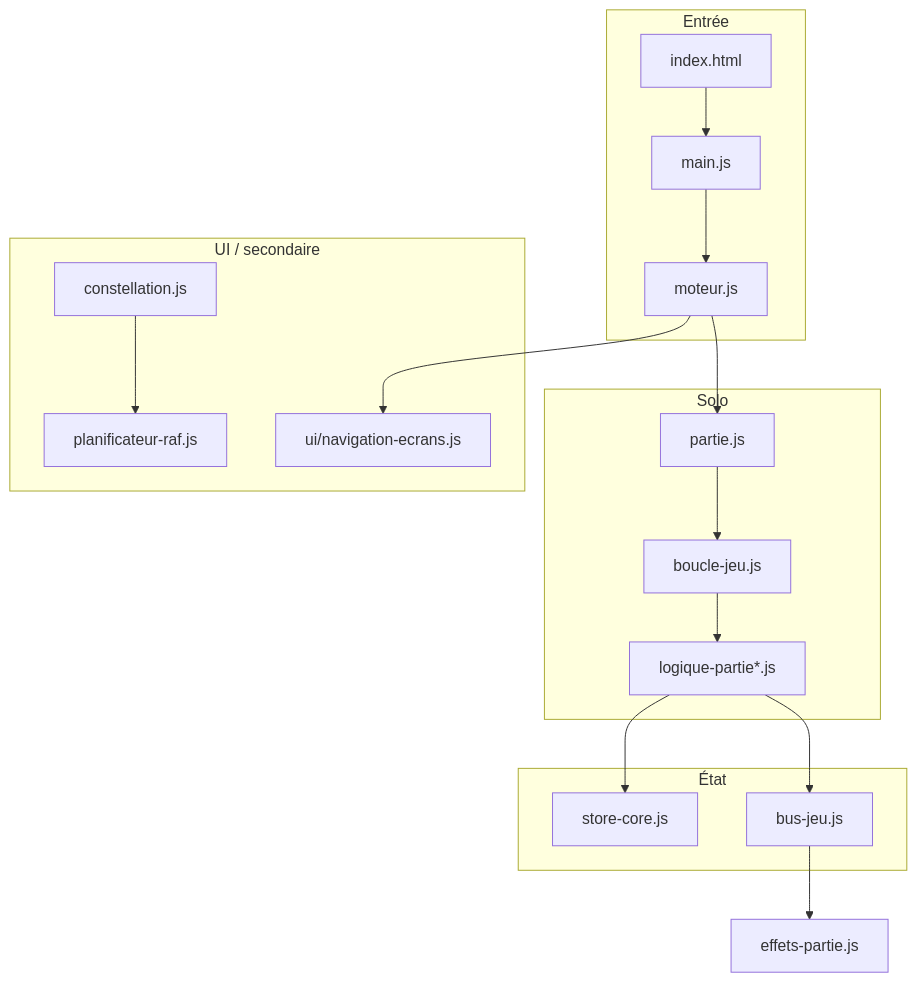
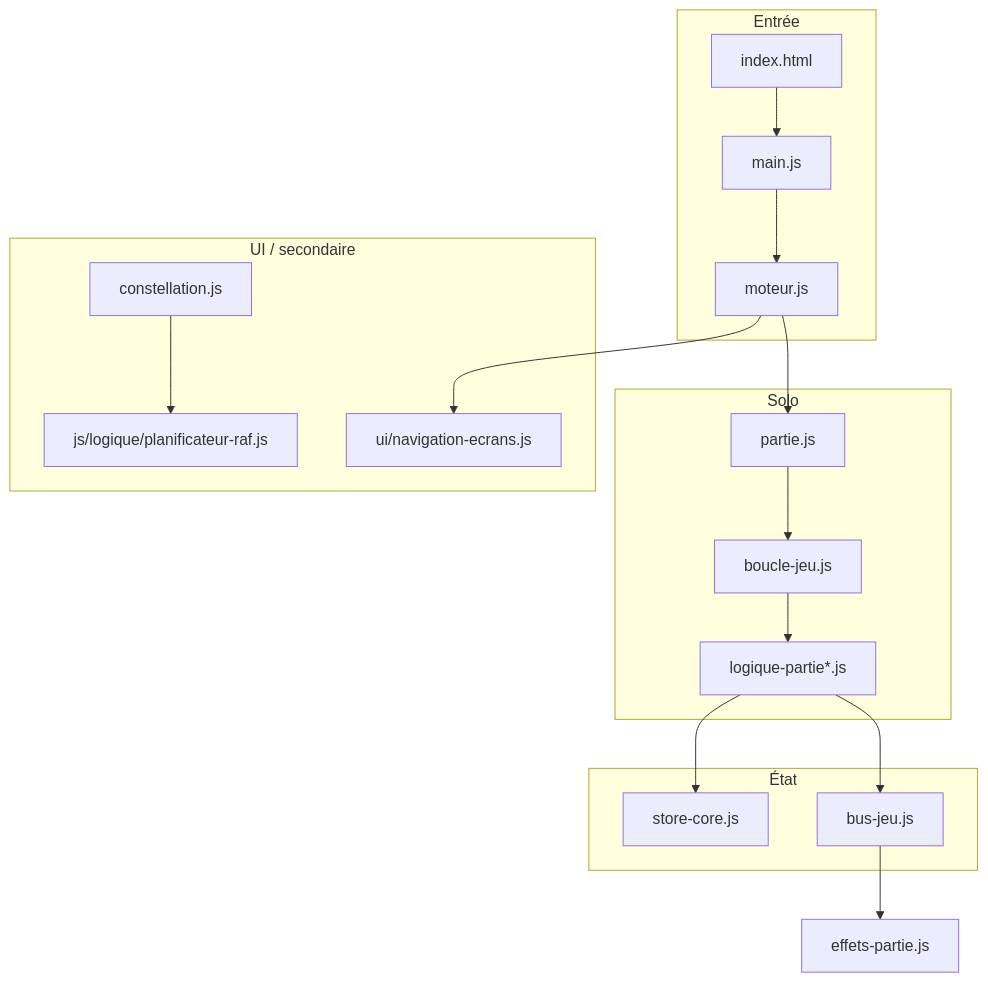
The diagram in docs/architecture.md (Jackavery1/Derni-re-ligne), drawn with Mermaid before and after one commit. The commit also changed other lines of this file and 23 other files, not shown here.

````diff
--- a/docs/architecture.md
+++ b/docs/architecture.md
@@ -100,35 +100,35 @@
 ```mermaid
 flowchart TB
     subgraph entree [Entrée]
         index[index.html]
         main[main.js]
         moteur[moteur.js]
     end
 
     subgraph etat [État]
         store[store-core.js]
         bus[bus-jeu.js]
     end
 
     subgraph solo [Solo]
         partie[partie.js]
         boucle[boucle-jeu.js]
         logique[logique-partie*.js]
     end
 
     subgraph ui [UI / secondaire]
         nav[ui/navigation-ecrans.js]
-        raf[planificateur-raf.js]
+        raf[js/logique/planificateur-raf.js]
         constellation[constellation.js]
     end
 
     index --> main --> moteur
     moteur --> nav
     moteur --> partie
     partie --> boucle
     boucle --> logique
     logique --> store
     logique --> bus
     bus --> effets[effets-partie.js]
     constellation --> raf
 ```
````
